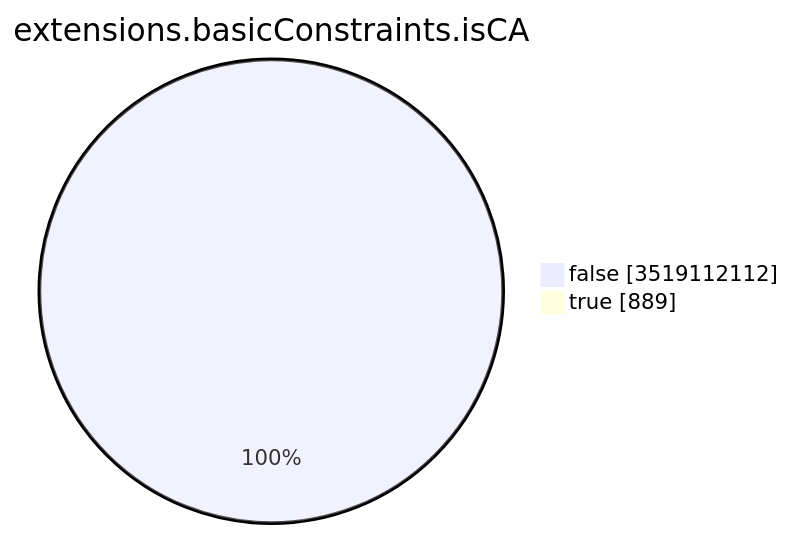
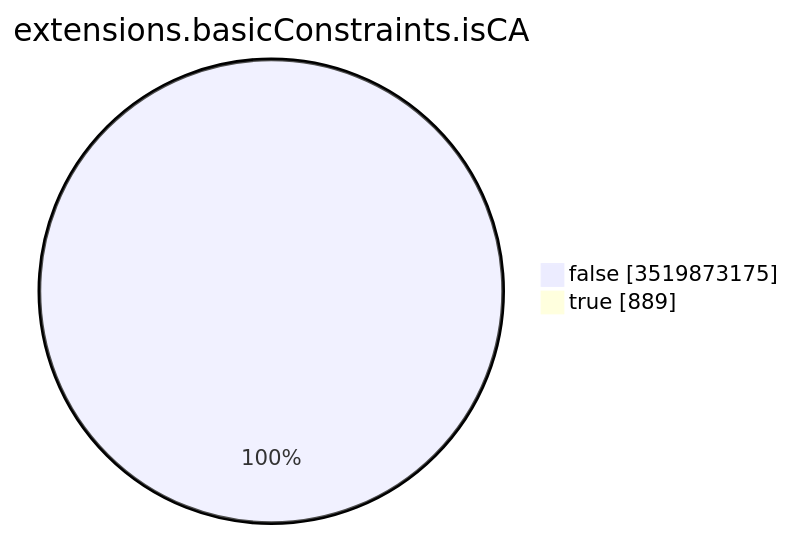
The seventh of 15 diagrams in TOTAL/README.md (christiankrug/ctmonitor_visualization), drawn with Mermaid before and after one commit. The commit also changed other lines of this file, not shown here.

````diff
--- a/TOTAL/README.md
+++ b/TOTAL/README.md
@@ -3094,6 +3094,6 @@
 ```mermaid
 pie showData
 title extensions.basicConstraints.isCA
-"false" :3519112112
+"false" :3519873175
 "true" :889
 ```
````
